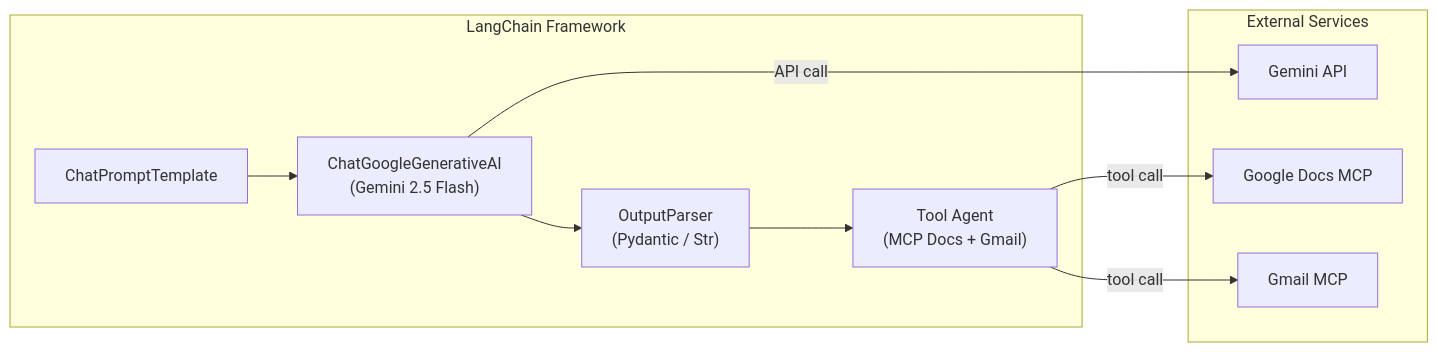
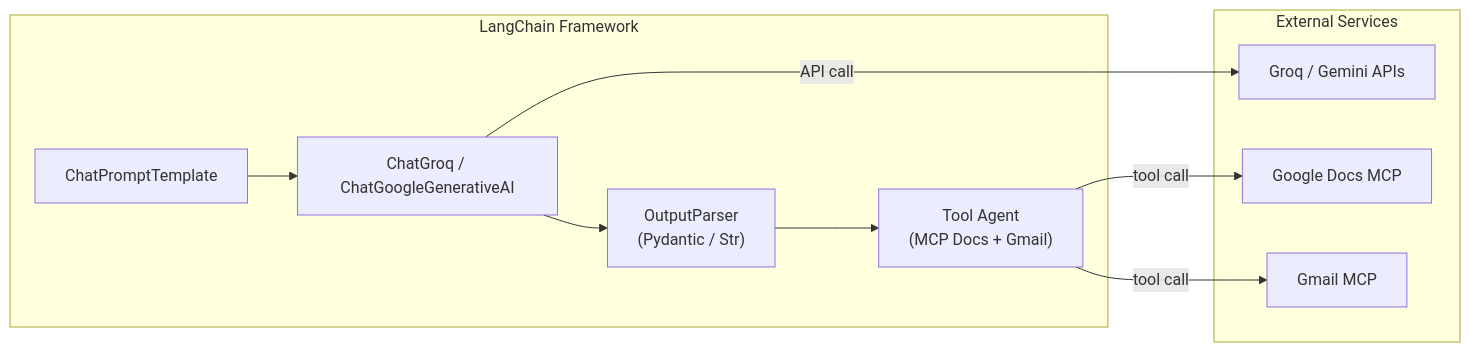
Before and after one commit to n21jindal-maker/Groww-Reviews: the fifth of 7 diagrams in Docs/architecture.md, drawn with Mermaid. The commit also changed other lines of this file and 24 other files, not shown here.

````diff
--- a/Docs/architecture.md
+++ b/Docs/architecture.md
@@ -240,18 +240,18 @@
 ```mermaid
 flowchart LR
     subgraph LangChain ["LangChain Framework"]
-        PT["ChatPromptTemplate"] --> LLM["ChatGoogleGenerativeAI\n(Gemini 2.5 Flash)"]
+        PT["ChatPromptTemplate"] --> LLM["ChatGroq / ChatGoogleGenerativeAI"]
         LLM --> OP["OutputParser\n(Pydantic / Str)"]
         OP --> TOOL["Tool Agent\n(MCP Docs + Gmail)"]
     end
 
     subgraph External ["External Services"]
-        GEMINI["Gemini API"]
+        LLM_API["Groq / Gemini APIs"]
         DOCS_MCP["Google Docs MCP"]
         GMAIL_MCP["Gmail MCP"]
     end
 
-    LLM -->|API call| GEMINI
+    LLM -->|API call| LLM_API
     TOOL -->|tool call| DOCS_MCP
     TOOL -->|tool call| GMAIL_MCP
 ```
````
